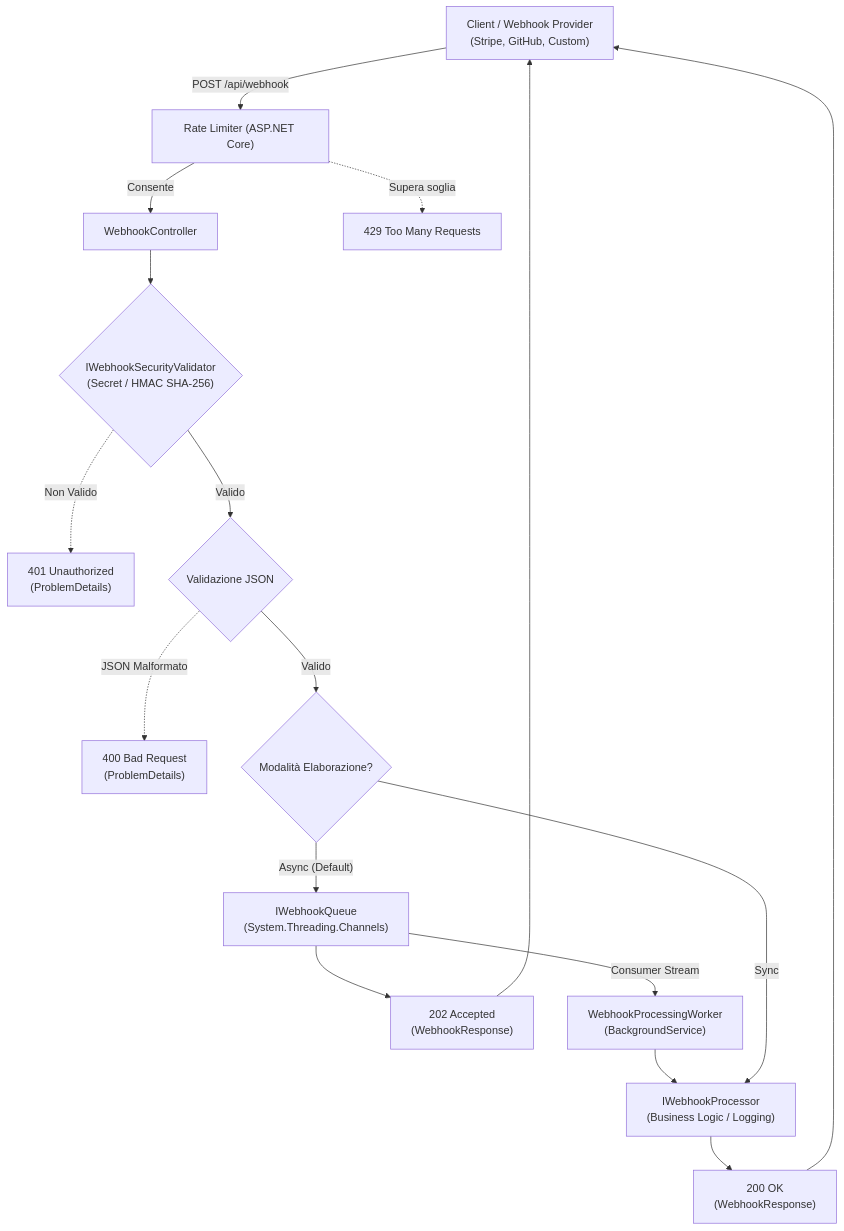
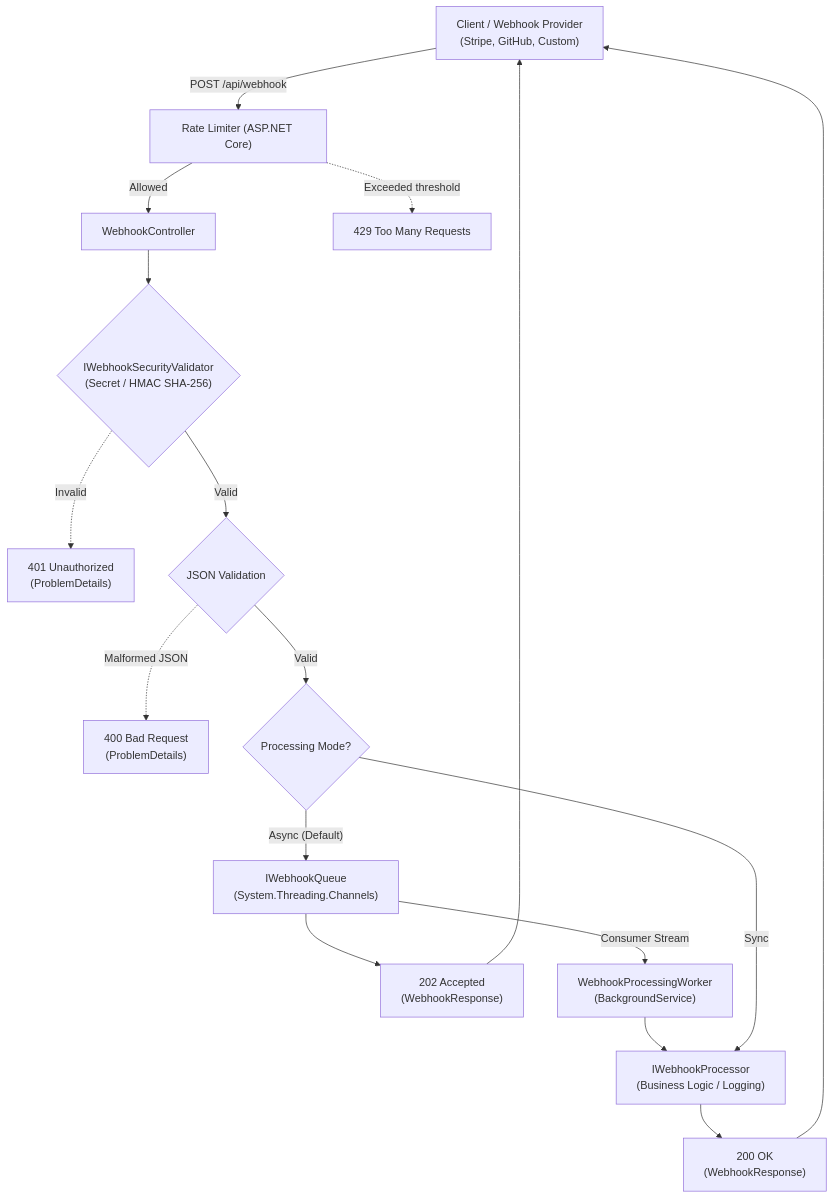
Before and after one commit to AleDevSharp/DotNet_WebhookListener: the diagram in README.md, drawn with Mermaid. The commit also changed other lines of this file, not shown here.

````diff
--- a/README.md
+++ b/README.md
@@ -55,25 +55,25 @@
 ```mermaid
 flowchart TD
     Client["Client / Webhook Provider\n(Stripe, GitHub, Custom)"] -->|"POST /api/webhook"| RateLimiter["Rate Limiter (ASP.NET Core)"]
-    RateLimiter -->|"Consente"| Controller["WebhookController"]
-    RateLimiter -.->|"Supera soglia"| R429["429 Too Many Requests"]
+    RateLimiter -->|"Allowed"| Controller["WebhookController"]
+    RateLimiter -.->|"Exceeded threshold"| R429["429 Too Many Requests"]
 
     Controller --> SecurityValidator{"IWebhookSecurityValidator\n(Secret / HMAC SHA-256)"}
-    SecurityValidator -.->|"Non Valido"| R401["401 Unauthorized\n(ProblemDetails)"]
+    SecurityValidator -.->|"Invalid"| R401["401 Unauthorized\n(ProblemDetails)"]
 
-    SecurityValidator -->|"Valido"| JsonParser{"Validazione JSON"}
-    JsonParser -.->|"JSON Malformato"| R400["400 Bad Request\n(ProblemDetails)"]
+    SecurityValidator -->|"Valid"| JsonParser{"JSON Validation"}
+    JsonParser -.->|"Malformed JSON"| R400["400 Bad Request\n(ProblemDetails)"]
 
-    JsonParser -->|"Valido"| QueueMode{"Modalità Elaborazione?"}
+    JsonParser -->|"Valid"| QueueMode{"Processing Mode?"}
     
     QueueMode -->|"Async (Default)"| BoundedChannel["IWebhookQueue\n(System.Threading.Channels)"]
     BoundedChannel --> Response202["202 Accepted\n(WebhookResponse)"]
     Response202 --> Client
 
     BoundedChannel -->|"Consumer Stream"| BackgroundWorker["WebhookProcessingWorker\n(BackgroundService)"]
     BackgroundWorker --> WebhookProcessor["IWebhookProcessor\n(Business Logic / Logging)"]
 
     QueueMode -->|"Sync"| WebhookProcessor
     WebhookProcessor --> Response200["200 OK\n(WebhookResponse)"]
     Response200 --> Client
 ```
````
